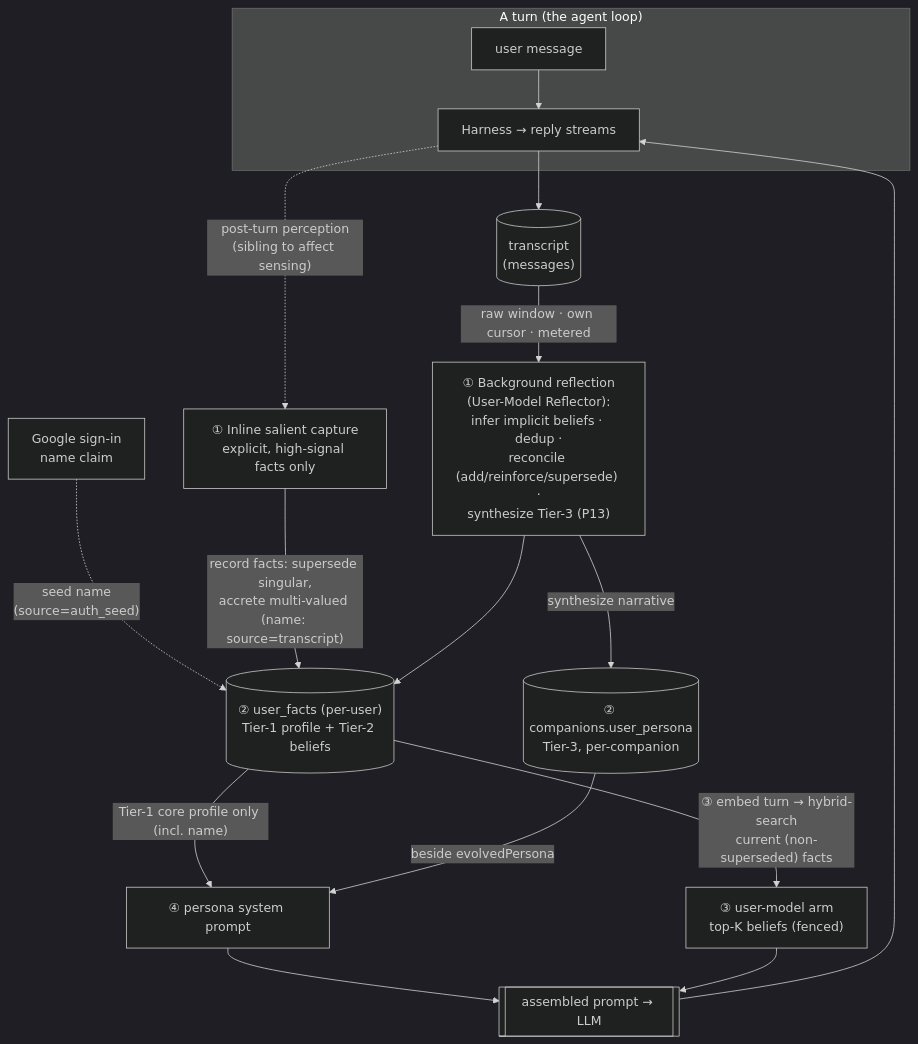
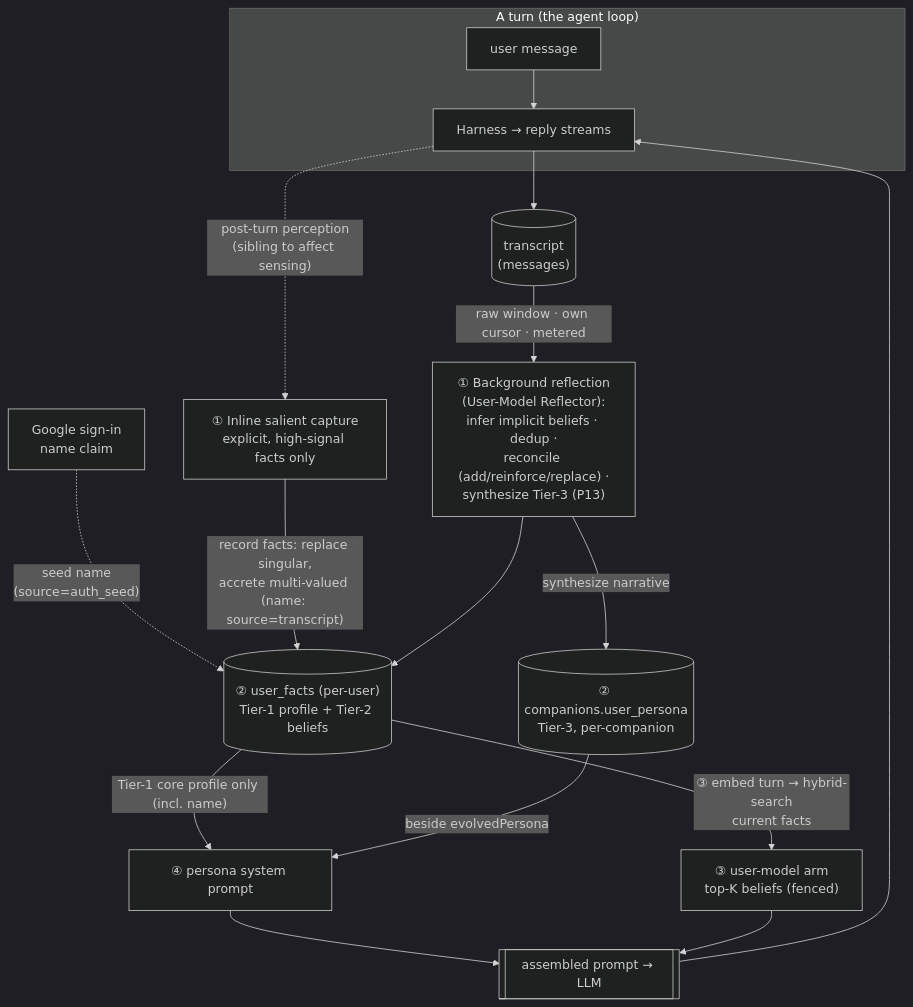
The second of 2 diagrams in docs/companion-memory.md (CobbleStamp/CobbleCompanion), drawn with Mermaid (dark theme) before and after one commit. The commit also changed other lines of this file and 5 other files, not shown here.

First line of the commit message:
docs(user-model): revise Phase 13 to the organic-forgetting model

````diff
--- a/docs/companion-memory.md
+++ b/docs/companion-memory.md
@@ -123,27 +123,27 @@
 ```mermaid
 flowchart TB
     subgraph TURN["A turn (the agent loop)"]
       U["user message"] --> RUN["Harness → reply streams"]
     end
     RUN --> TX[("transcript<br/>(messages)")]
 
     %% 1. EXTRACT
     RUN -.->|"post-turn perception<br/>(sibling to affect sensing)"| INLINE["① Inline salient capture<br/>explicit, high-signal facts only"]
-    TX -->|"raw window · own cursor · metered"| REFLECT["① Background reflection<br/>(User-Model Reflector):<br/>infer implicit beliefs · dedup ·<br/>reconcile (add/reinforce/supersede) ·<br/>synthesize Tier-3 (P13)"]
+    TX -->|"raw window · own cursor · metered"| REFLECT["① Background reflection<br/>(User-Model Reflector):<br/>infer implicit beliefs · dedup ·<br/>reconcile (add/reinforce/replace) ·<br/>synthesize Tier-3 (P13)"]
 
     %% 0. SEED (at sign-in)
     SEED["Google sign-in<br/>name claim"] -.->|"seed name<br/>(source=auth_seed)"| UF
 
     %% 2. PERSIST
-    INLINE -->|"record facts: supersede singular,<br/>accrete multi-valued (name: source=transcript)"| UF[("② user_facts (per-user)<br/>Tier-1 profile + Tier-2 beliefs")]
+    INLINE -->|"record facts: replace singular,<br/>accrete multi-valued (name: source=transcript)"| UF[("② user_facts (per-user)<br/>Tier-1 profile + Tier-2 beliefs")]
     REFLECT --> UF
     REFLECT -->|"synthesize narrative"| UP[("② companions.user_persona<br/>Tier-3, per-companion")]
 
     %% 3. RETRIEVE + 4. INJECT (next turn)
     UF -->|"Tier-1 core profile only (incl. name)"| PERSONA["④ persona system prompt"]
     UP -->|"beside evolvedPersona"| PERSONA
-    UF -->|"③ embed turn → hybrid-search<br/>current (non-superseded) facts"| ARM["③ user-model arm<br/>top-K beliefs (fenced)"]
+    UF -->|"③ embed turn → hybrid-search<br/>current facts"| ARM["③ user-model arm<br/>top-K beliefs (fenced)"]
     PERSONA --> PROMPT[["assembled prompt → LLM"]]
     ARM --> PROMPT
     PROMPT --> RUN
 ```
````
